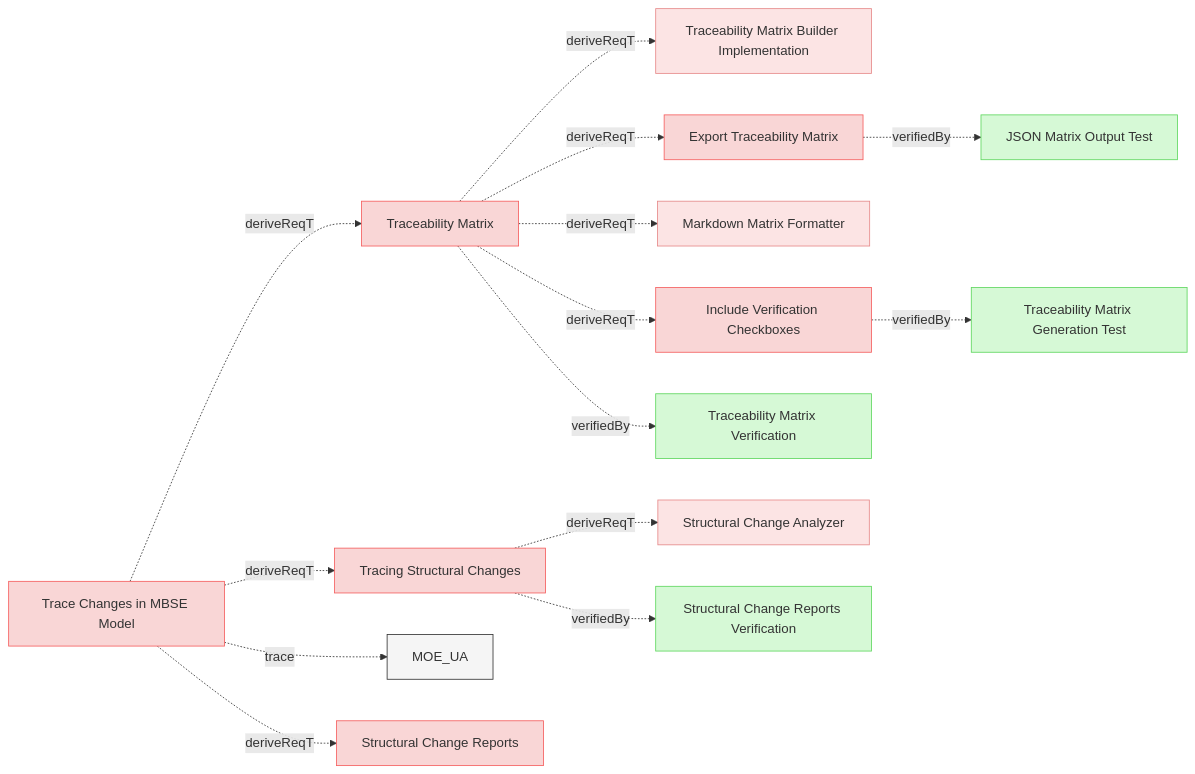
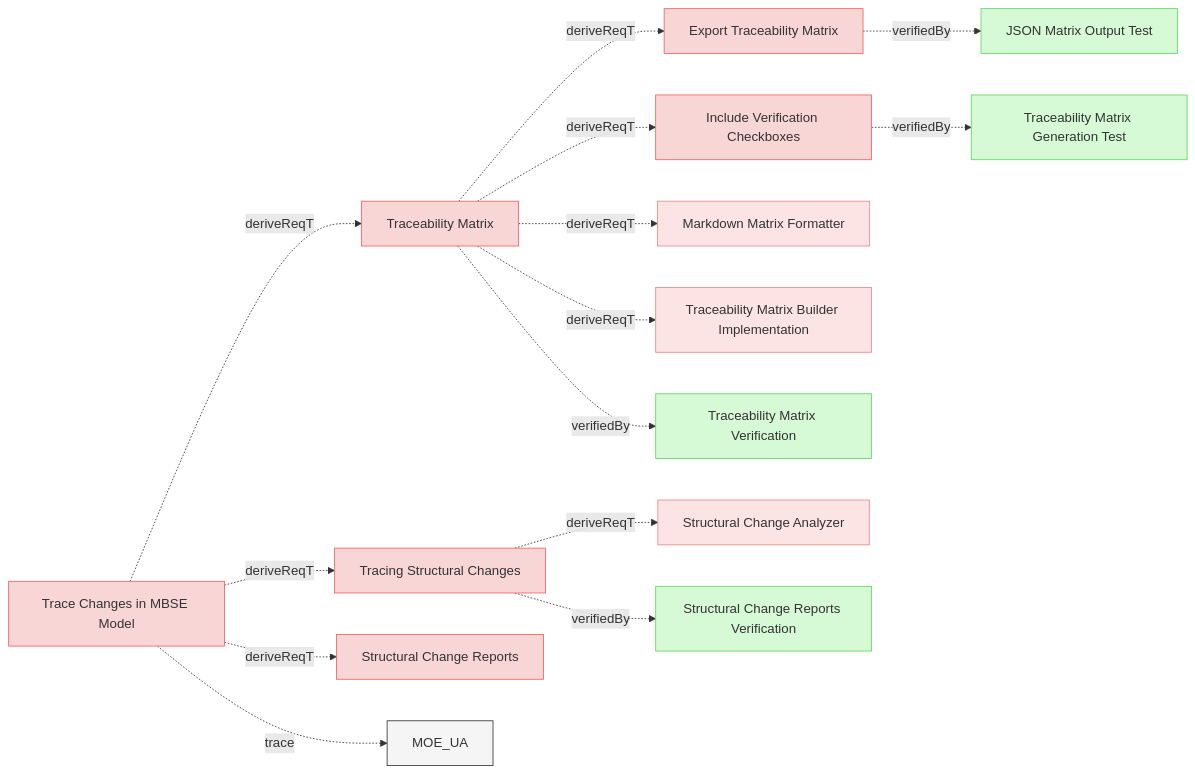
Before and after one commit to reqvire-org/reqvire: the sixth of 11 diagrams in specifications/UserRequirements.md, drawn with Mermaid. The commit also changed other lines of this file and 45 other files, not shown here.

````diff
--- a/specifications/UserRequirements.md
+++ b/specifications/UserRequirements.md
@@ -865,65 +869,65 @@
 ```mermaid
 graph LR;
   %% REQVIRE-AUTOGENERATED-DIAGRAM
   %% Graph styling
   classDef userRequirement fill:#f9d6d6,stroke:#f55f5f,stroke-width:1px;
   classDef systemRequirement fill:#fce4e4,stroke:#e68a8a,stroke-width:1px;
   classDef verification fill:#d6f9d6,stroke:#5fd75f,stroke-width:1px;
   classDef default fill:#f5f5f5,stroke:#333333,stroke-width:1px;
 
+  7de9a55d6102af23["Export Traceability Matrix"];
+  class 7de9a55d6102af23 userRequirement;
+  click 7de9a55d6102af23 "UserRequirements.md#export-traceability-matrix";
+  50c290277850dd17["JSON Matrix Output Test"];
+  class 50c290277850dd17 verification;
+  click 50c290277850dd17 "Verifications/TreacibilityMatrix.md#json-matrix-output-test";
+  7de9a55d6102af23 -.->|verifiedBy| 50c290277850dd17;
+  6d32b919c82784b7["Include Verification Checkboxes"];
+  class 6d32b919c82784b7 userRequirement;
+  click 6d32b919c82784b7 "UserRequirements.md#include-verification-checkboxes";
+  aa85c85e7c41d899["Traceability Matrix Generation Test"];
+  class aa85c85e7c41d899 verification;
+  click aa85c85e7c41d899 "Verifications/TreacibilityMatrix.md#traceability-matrix-generation-test";
+  6d32b919c82784b7 -.->|verifiedBy| aa85c85e7c41d899;
   4e30ea0930dc9c26["Traceability Matrix"];
   class 4e30ea0930dc9c26 userRequirement;
   click 4e30ea0930dc9c26 "UserRequirements.md#traceability-matrix";
+  c02a614c9331efc2["Markdown Matrix Formatter"];
+  class c02a614c9331efc2 systemRequirement;
+  click c02a614c9331efc2 "ReqvireTool/ModelManagement/TraceabilityMatrix.md#markdown-matrix-formatter";
+  4e30ea0930dc9c26 -.->|deriveReqT| c02a614c9331efc2;
   66ef5ed834d0b401["Traceability Matrix Builder Implementation"];
   class 66ef5ed834d0b401 systemRequirement;
   click 66ef5ed834d0b401 "ReqvireTool/ModelManagement/TraceabilityMatrix.md#traceability-matrix-builder-implementation";
   4e30ea0930dc9c26 -.->|deriveReqT| 66ef5ed834d0b401;
-  7de9a55d6102af23["Export Traceability Matrix"];
-  class 7de9a55d6102af23 userRequirement;
-  click 7de9a55d6102af23 "UserRequirements.md#export-traceability-matrix";
   4e30ea0930dc9c26 -.->|deriveReqT| 7de9a55d6102af23;
-  c02a614c9331efc2["Markdown Matrix Formatter"];
-  class c02a614c9331efc2 systemRequirement;
-  click c02a614c9331efc2 "ReqvireTool/ModelManagement/TraceabilityMatrix.md#markdown-matrix-formatter";
-  4e30ea0930dc9c26 -.->|deriveReqT| c02a614c9331efc2;
-  6d32b919c82784b7["Include Verification Checkboxes"];
-  class 6d32b919c82784b7 userRequirement;
-  click 6d32b919c82784b7 "UserRequirements.md#include-verification-checkboxes";
   4e30ea0930dc9c26 -.->|deriveReqT| 6d32b919c82784b7;
   11c3285e74c8d60b["Traceability Matrix Verification"];
   class 11c3285e74c8d60b verification;
   click 11c3285e74c8d60b "Verifications/ChangeImpactTests.md#traceability-matrix-verification";
   4e30ea0930dc9c26 -.->|verifiedBy| 11c3285e74c8d60b;
   d7b7b13a5b8d96e1["Tracing Structural Changes"];
   class d7b7b13a5b8d96e1 userRequirement;
   click d7b7b13a5b8d96e1 "UserRequirements.md#tracing-structural-changes";
   8d18a6def935ccdc["Structural Change Analyzer"];
   class 8d18a6def935ccdc systemRequirement;
   click 8d18a6def935ccdc "ReqvireTool/ModelManagement/ChangeImpact.md#structural-change-analyzer";
   d7b7b13a5b8d96e1 -.->|deriveReqT| 8d18a6def935ccdc;
   b0e8adb6596a35e7["Structural Change Reports Verification"];
   class b0e8adb6596a35e7 verification;
   click b0e8adb6596a35e7 "Verifications/ChangeImpactTests.md#structural-change-reports-verification";
   d7b7b13a5b8d96e1 -.->|verifiedBy| b0e8adb6596a35e7;
-  50c290277850dd17["JSON Matrix Output Test"];
-  class 50c290277850dd17 verification;
-  click 50c290277850dd17 "Verifications/TreacibilityMatrix.md#json-matrix-output-test";
-  7de9a55d6102af23 -.->|verifiedBy| 50c290277850dd17;
-  aa85c85e7c41d899["Traceability Matrix Generation Test"];
-  class aa85c85e7c41d899 verification;
-  click aa85c85e7c41d899 "Verifications/TreacibilityMatrix.md#traceability-matrix-generation-test";
-  6d32b919c82784b7 -.->|verifiedBy| aa85c85e7c41d899;
   5ef9c8ae19a9f55a["Trace Changes in MBSE Model"];
   class 5ef9c8ae19a9f55a userRequirement;
   click 5ef9c8ae19a9f55a "UserStories.md#trace-changes-in-mbse-model";
+  1908501a80db5c46["Structural Change Reports"];
+  class 1908501a80db5c46 userRequirement;
+  click 1908501a80db5c46 "UserRequirements.md#structural-change-reports";
+  5ef9c8ae19a9f55a -.->|deriveReqT| 1908501a80db5c46;
+  5ef9c8ae19a9f55a -.->|deriveReqT| 4e30ea0930dc9c26;
+  5ef9c8ae19a9f55a -.->|deriveReqT| d7b7b13a5b8d96e1;
   2c5f30f14e792200["MOE_UA"];
   class 2c5f30f14e792200 default;
   click 2c5f30f14e792200 "MOEs.md#moe_ua";
   5ef9c8ae19a9f55a -.->|trace| 2c5f30f14e792200;
-  5ef9c8ae19a9f55a -.->|deriveReqT| 4e30ea0930dc9c26;
-  1908501a80db5c46["Structural Change Reports"];
-  class 1908501a80db5c46 userRequirement;
-  click 1908501a80db5c46 "UserRequirements.md#structural-change-reports";
-  5ef9c8ae19a9f55a -.->|deriveReqT| 1908501a80db5c46;
-  5ef9c8ae19a9f55a -.->|deriveReqT| d7b7b13a5b8d96e1;
 ```
````
